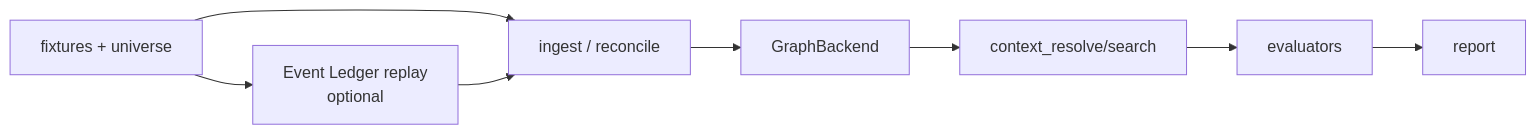
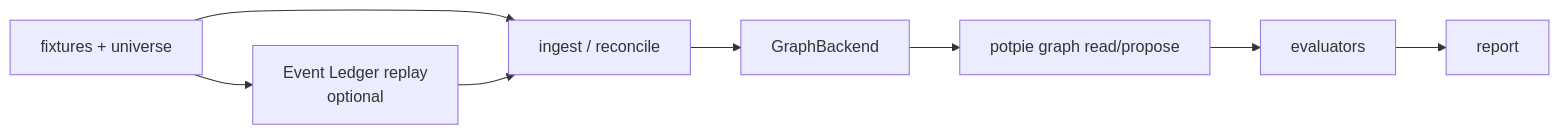
One commit to potpie-ai/potpie changed the first of 2 diagrams in docs/context-graph/bench-plan.md. Above: the diagram before and after it, drawn with Mermaid. The commit also changed other lines of this file and 256 other files, not shown here.

Commit message:
feat: graph updates

````diff
--- a/docs/context-graph/bench-plan.md
+++ b/docs/context-graph/bench-plan.md
@@ -12,13 +12,13 @@
 ```mermaid
 flowchart LR
   cg_fixtures["fixtures + universe"]
   cg_ledger_replay["Event Ledger replay<br/>optional"]
   cg_ingest["ingest / reconcile"]
   cg_graph_backend["GraphBackend"]
-  cg_query["context_resolve/search"]
+  cg_query["potpie graph read/propose"]
   cg_eval["evaluators"]
   cg_report["report"]
 
   cg_fixtures --> cg_ingest --> cg_graph_backend --> cg_query --> cg_eval --> cg_report
   cg_fixtures --> cg_ledger_replay --> cg_ingest
 ```
````
